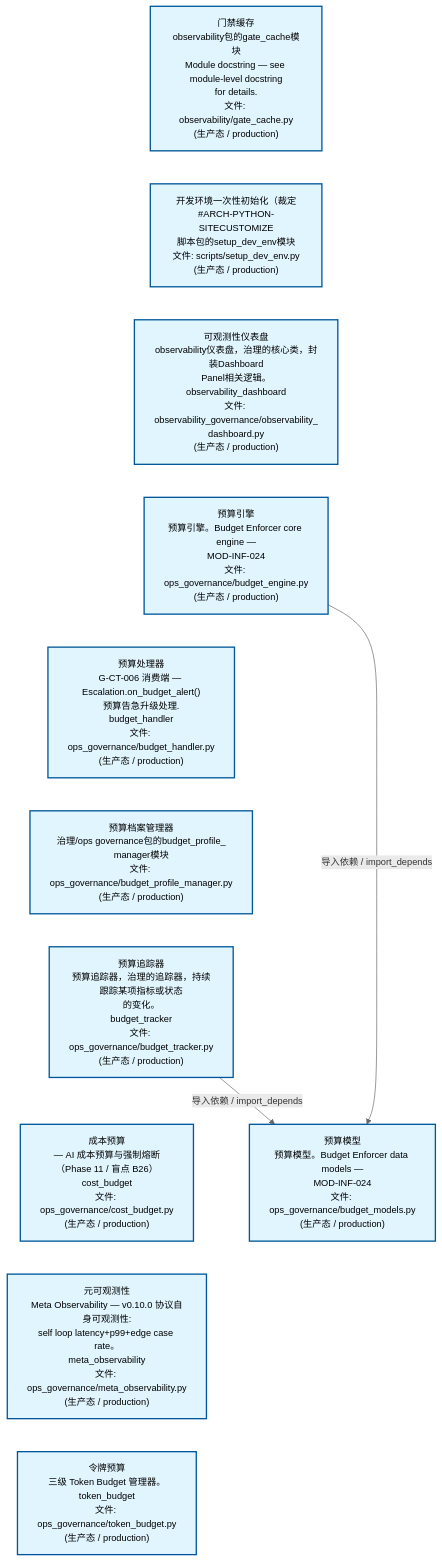
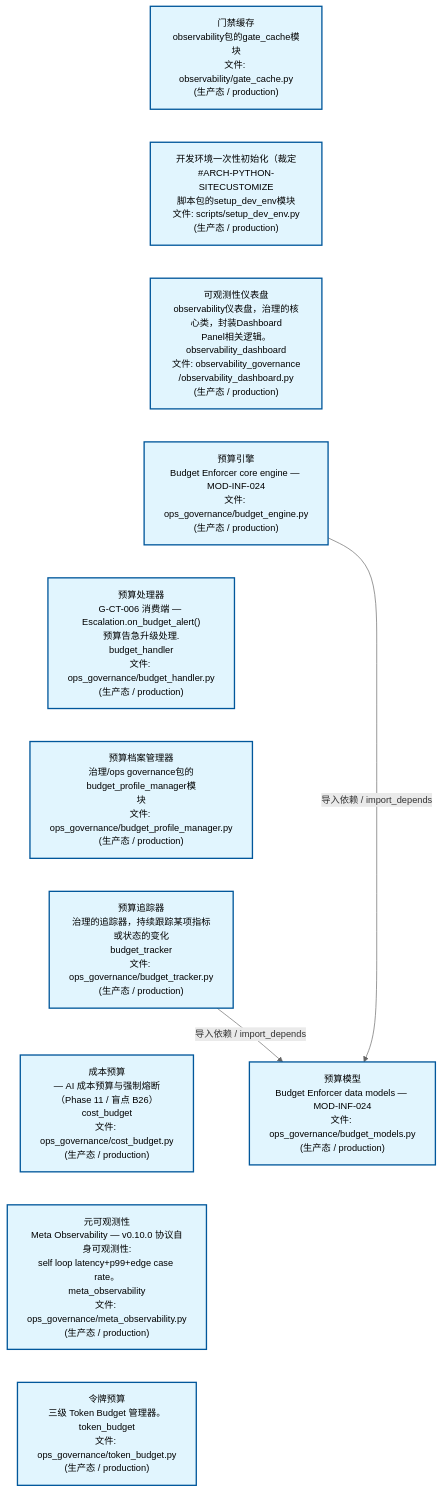
Before and after one commit to xuanFelixVan/ZephyrAlpha: the second of 3 diagrams in docs/02_enterprise_architecture/02_domain_architecture_docs/24_d_ops.md, drawn with Mermaid. The commit also changed other lines of this file and 59 other files, not shown here.

````diff
--- a/docs/02_enterprise_architecture/02_domain_architecture_docs/24_d_ops.md
+++ b/docs/02_enterprise_architecture/02_domain_architecture_docs/24_d_ops.md
@@ -126,31 +126,31 @@
 ```mermaid
 %%{init: {'theme': 'base', 'themeVariables': {'primaryColor': '#eaeaea', 'primaryTextColor': '#333333', 'primaryBorderColor': '#666666', 'lineColor': '#666666', 'secondaryColor': '#eaeaea', 'tertiaryColor': '#eaeaea', 'fontSize': '14px'}}}%%
 flowchart TD
-    scripts_governance_observability_gate_cache_py["门禁缓存<br/>observability包的gate_cache模块<br/>Module docstring — see module-level docstring<br/>for details.<br/>文件: observability/gate_cache.py<br/>(生产态 / production)"]
+    scripts_governance_observability_gate_cache_py["门禁缓存<br/>observability包的gate_cache模块<br/>文件: observability/gate_cache.py<br/>(生产态 / production)"]
     scripts_setup_dev_env_py["开发环境一次性初始化（裁定<br/>#ARCH-PYTHON-SITECUSTOMIZE<br/>脚本包的setup_dev_env模块<br/>文件: scripts/setup_dev_env.py<br/>(生产态 / production)"]
-    src_zephyr_governance_observability_governance_observability_dashboard_py["可观测性仪表盘<br/>observability仪表盘，治理的核心类，封装Dashboard<br/>Panel相关逻辑。<br/>observability_dashboard<br/>文件: observability_governance/observability_<br/>dashboard.py<br/>(生产态 / production)"]
-    src_zephyr_governance_ops_governance_budget_engine_py["预算引擎<br/>预算引擎。Budget Enforcer core engine —<br/>MOD-INF-024<br/>文件: ops_governance/budget_engine.py<br/>(生产态 / production)"]
+    src_zephyr_governance_observability_governance_observability_dashboard_py["可观测性仪表盘<br/>observability仪表盘，治理的核心类，封装Dashboard<br/>Panel相关逻辑。<br/>observability_dashboard<br/>文件: observability_governance<br/>/observability_dashboard.py<br/>(生产态 / production)"]
+    src_zephyr_governance_ops_governance_budget_engine_py["预算引擎<br/>Budget Enforcer core engine — MOD-INF-024<br/>文件: ops_governance/budget_engine.py<br/>(生产态 / production)"]
     src_zephyr_governance_ops_governance_budget_handler_py["预算处理器<br/>G-CT-006 消费端 — Escalation.on_budget_alert()<br/>预算告急升级处理.<br/>budget_handler<br/>文件: ops_governance/budget_handler.py<br/>(生产态 / production)"]
-    src_zephyr_governance_ops_governance_budget_profile_manager_py["预算档案管理器<br/>治理/ops governance包的budget_profile_<br/>manager模块<br/>文件: ops_governance/budget_profile_manager.py<br/>(生产态 / production)"]
-    src_zephyr_governance_ops_governance_budget_tracker_py["预算追踪器<br/>预算追踪器，治理的追踪器，持续跟踪某项指标或状态<br/>的变化。<br/>budget_tracker<br/>文件: ops_governance/budget_tracker.py<br/>(生产态 / production)"]
+    src_zephyr_governance_ops_governance_budget_profile_manager_py["预算档案管理器<br/>治理/ops governance包的budget_profile_manager模<br/>块<br/>文件: ops_governance/budget_profile_manager.py<br/>(生产态 / production)"]
+    src_zephyr_governance_ops_governance_budget_tracker_py["预算追踪器<br/>治理的追踪器，持续跟踪某项指标或状态的变化<br/>budget_tracker<br/>文件: ops_governance/budget_tracker.py<br/>(生产态 / production)"]
     src_zephyr_governance_ops_governance_cost_budget_py["成本预算<br/>— AI 成本预算与强制熔断（Phase 11 / 盲点 B26）<br/>cost_budget<br/>文件: ops_governance/cost_budget.py<br/>(生产态 / production)"]
     src_zephyr_governance_ops_governance_meta_observability_py["元可观测性<br/>Meta Observability — v0.10.0 协议自身可观测性:<br/>self loop latency+p99+edge case rate。<br/>meta_observability<br/>文件: ops_governance/meta_observability.py<br/>(生产态 / production)"]
     src_zephyr_governance_ops_governance_token_budget_py["令牌预算<br/>三级 Token Budget 管理器。<br/>token_budget<br/>文件: ops_governance/token_budget.py<br/>(生产态 / production)"]
     scripts_governance_observability_gate_cache_py ~~~ scripts_setup_dev_env_py
     scripts_setup_dev_env_py ~~~ src_zephyr_governance_observability_governance_observability_dashboard_py
     src_zephyr_governance_observability_governance_observability_dashboard_py ~~~ src_zephyr_governance_ops_governance_budget_engine_py
     src_zephyr_governance_ops_governance_budget_engine_py ~~~ src_zephyr_governance_ops_governance_budget_handler_py
     src_zephyr_governance_ops_governance_budget_handler_py ~~~ src_zephyr_governance_ops_governance_budget_profile_manager_py
     src_zephyr_governance_ops_governance_budget_profile_manager_py ~~~ src_zephyr_governance_ops_governance_budget_tracker_py
     src_zephyr_governance_ops_governance_budget_tracker_py ~~~ src_zephyr_governance_ops_governance_cost_budget_py
     src_zephyr_governance_ops_governance_cost_budget_py ~~~ src_zephyr_governance_ops_governance_meta_observability_py
     src_zephyr_governance_ops_governance_meta_observability_py ~~~ src_zephyr_governance_ops_governance_token_budget_py
-    src_zephyr_governance_ops_governance_budget_models_py["预算模型<br/>预算模型。Budget Enforcer data models —<br/>MOD-INF-024<br/>文件: ops_governance/budget_models.py<br/>(生产态 / production)"]
+    src_zephyr_governance_ops_governance_budget_models_py["预算模型<br/>Budget Enforcer data models — MOD-INF-024<br/>文件: ops_governance/budget_models.py<br/>(生产态 / production)"]
     src_zephyr_governance_ops_governance_budget_tracker_py -->|导入依赖 / import_depends| src_zephyr_governance_ops_governance_budget_models_py
     src_zephyr_governance_ops_governance_budget_engine_py -->|导入依赖 / import_depends| src_zephyr_governance_ops_governance_budget_models_py
     classDef production fill:#e1f5fe,stroke:#01579b,stroke-width:2px,color:#000
     classDef design fill:#fff3e0,stroke:#e65100,stroke-width:2px,color:#000,stroke-dasharray: 5 5
     classDef external_prod fill:#e8f4fd,stroke:#0277bd,stroke-width:1px,color:#000
     classDef external_design fill:#fff8e7,stroke:#ef6c00,stroke-width:1px,color:#000,stroke-dasharray: 5 5
     class scripts_governance_observability_gate_cache_py,scripts_setup_dev_env_py,src_zephyr_governance_observability_governance_observability_dashboard_py,src_zephyr_governance_ops_governance_budget_engine_py,src_zephyr_governance_ops_governance_budget_handler_py,src_zephyr_governance_ops_governance_budget_models_py,src_zephyr_governance_ops_governance_budget_profile_manager_py,src_zephyr_governance_ops_governance_budget_tracker_py,src_zephyr_governance_ops_governance_cost_budget_py,src_zephyr_governance_ops_governance_meta_observability_py,src_zephyr_governance_ops_governance_token_budget_py production
 ```
````
